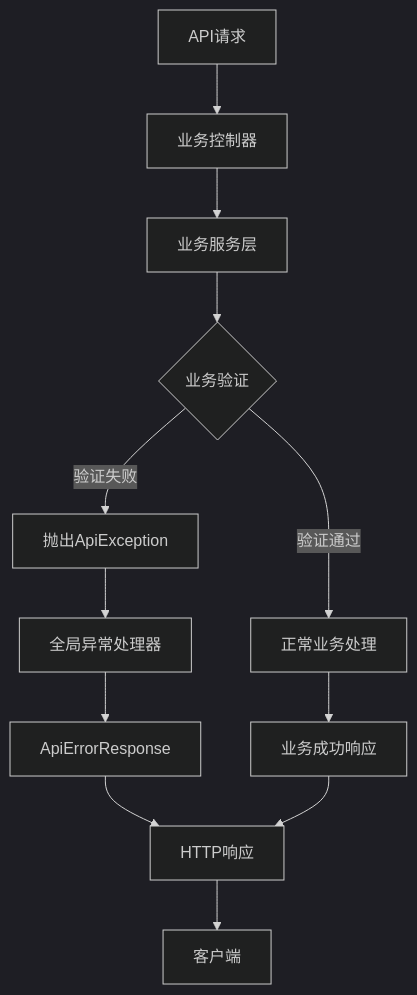
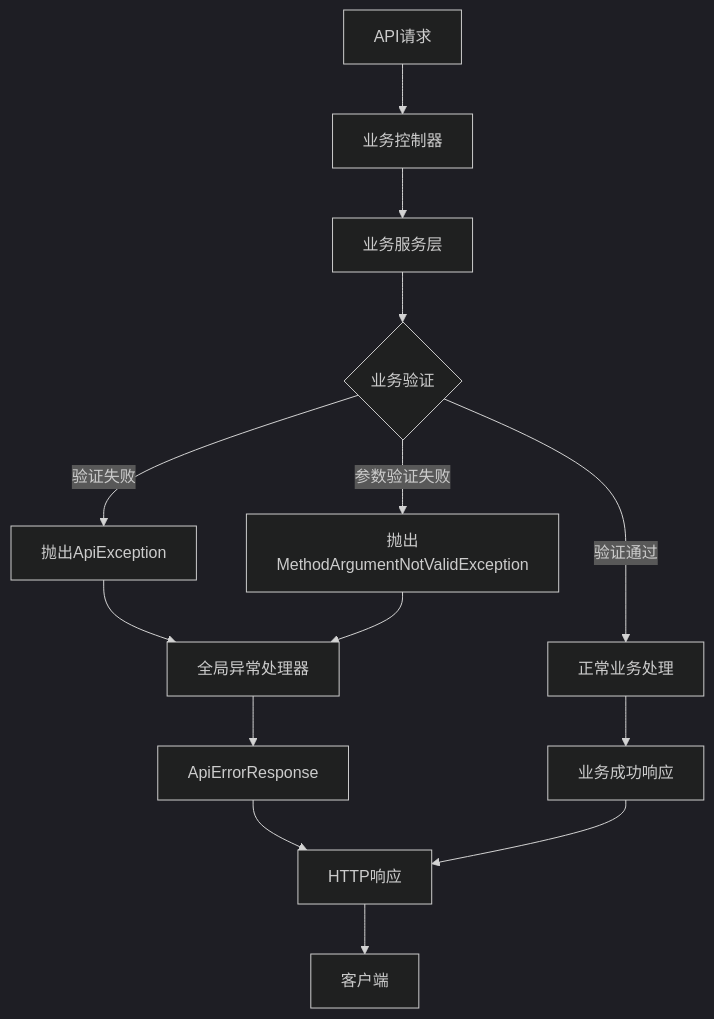
One commit to Jayden23018/blind-run-ios changed the fourth of 5 diagrams in .qoder/repowiki/zh/content/API 接口文档/错误处理与响应.md. Above: the diagram before and after it, drawn with Mermaid (dark theme). The commit also changed other lines of this file and 22 other files, not shown here.

````diff
--- a/.qoder/repowiki/zh/content/API 接口文档/错误处理与响应.md
+++ b/.qoder/repowiki/zh/content/API 接口文档/错误处理与响应.md
@@ -165,14 +167,16 @@
 ```mermaid
 flowchart TD
 Request[API请求] --> Controller[业务控制器]
 Controller --> Service[业务服务层]
 Service --> Validation{业务验证}
 Validation --> |验证通过| Success[正常业务处理]
 Validation --> |验证失败| BusinessException[抛出ApiException]
+Validation --> |参数验证失败| ValidationException[抛出MethodArgumentNotValidException]
 BusinessException --> GlobalHandler[全局异常处理器]
+ValidationException --> GlobalHandler
 GlobalHandler --> ErrorResponse[ApiErrorResponse]
 ErrorResponse --> HTTPResponse[HTTP响应]
 Success --> BusinessResponse[业务成功响应]
 BusinessResponse --> HTTPResponse
 HTTPResponse --> Client[客户端]
 ```
````
